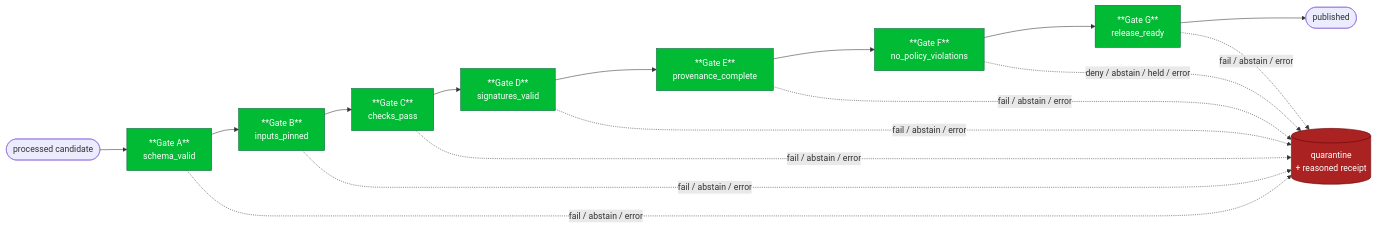
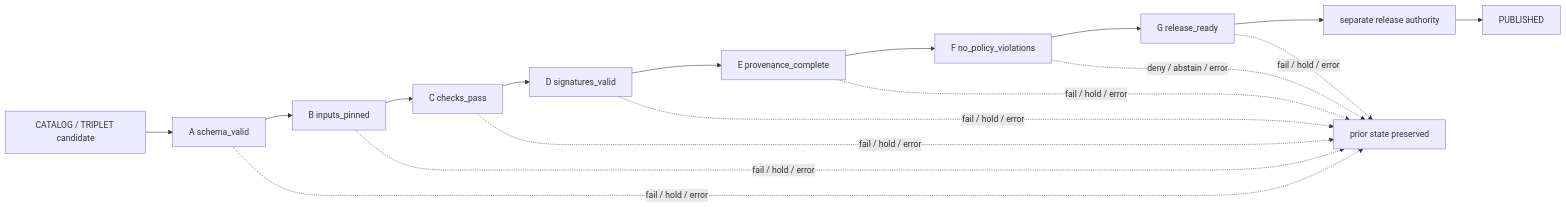
Before and after one commit to bartytime4life/Kansas-Frontier-Matrix: the diagram in docs/adr/ADR-0018-promotion-gate-sequence.md, drawn with Mermaid. The commit also changed other lines of this file, not shown here.

Commit message:
Modernize ADR-0018 promotion gate sequence

````diff
--- a/docs/adr/ADR-0018-promotion-gate-sequence.md
+++ b/docs/adr/ADR-0018-promotion-gate-sequence.md
@@ -216,24 +299,20 @@
 ```mermaid
 flowchart LR
-  Start([processed candidate]) --> A
-  A["**Gate A**<br/>schema_valid"] --> B["**Gate B**<br/>inputs_pinned"]
-  B --> C["**Gate C**<br/>checks_pass"]
-  C --> D["**Gate D**<br/>signatures_valid"]
-  D --> E["**Gate E**<br/>provenance_complete"]
-  E --> F["**Gate F**<br/>no_policy_violations"]
-  F --> G["**Gate G**<br/>release_ready"]
-  G --> Pub([published])
+  CAND["CATALOG / TRIPLET candidate"] --> A["A schema_valid"]
+  A --> B["B inputs_pinned"]
+  B --> C["C checks_pass"]
+  C --> D["D signatures_valid"]
+  D --> E["E provenance_complete"]
+  E --> F["F no_policy_violations"]
+  F --> G["G release_ready"]
+  G --> AUTH["separate release authority"]
+  AUTH --> PUB["PUBLISHED"]
 
-  A -. fail / abstain / error .-> Q[(quarantine<br/>+ reasoned receipt)]
-  B -. fail / abstain / error .-> Q
-  C -. fail / abstain / error .-> Q
-  D -. fail / abstain / error .-> Q
-  E -. fail / abstain / error .-> Q
-  F -. deny / abstain / held / error .-> Q
-  G -. fail / abstain / error .-> Q
-
-  classDef gate fill:#0b3,stroke:#063,color:#fff
-  classDef quar fill:#a22,stroke:#600,color:#fff
-  class A,B,C,D,E,F,G gate
-  class Q quar
+  A -. fail / hold / error .-> STOP["prior state preserved"]
+  B -. fail / hold / error .-> STOP
+  C -. fail / hold / error .-> STOP
+  D -. fail / hold / error .-> STOP
+  E -. fail / hold / error .-> STOP
+  F -. deny / abstain / error .-> STOP
+  G -. fail / hold / error .-> STOP
 ```
````
